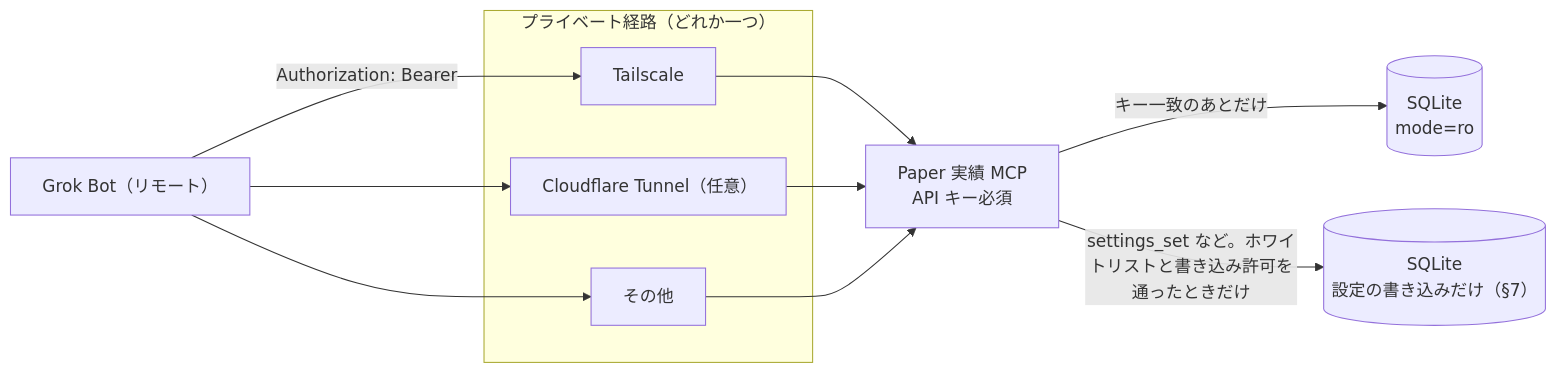
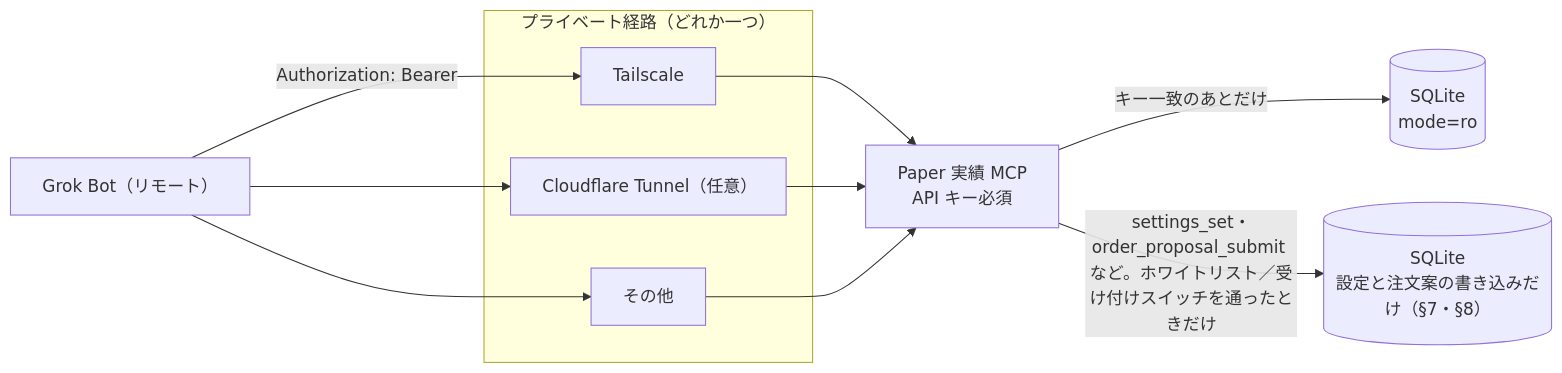
One commit to ousiassllc/pitha-trador changed the diagram in docs/architecture/paper-results-mcp.md. Above: the diagram before and after it, drawn with Mermaid. The commit also changed other lines of this file and 13 other files, not shown here.

Commit message:
docs: MCP の注文案ツールと受け付けスイッチを仕様書・ER・FR-MCP に反映 (#827)

````diff
--- a/docs/architecture/paper-results-mcp.md
+++ b/docs/architecture/paper-results-mcp.md
@@ -11,20 +11,20 @@
 ```mermaid
 flowchart LR
     Grok["Grok Bot（リモート）"]
     subgraph path["プライベート経路（どれか一つ）"]
         TS["Tailscale"]
         CF["Cloudflare Tunnel（任意）"]
         OT["その他"]
     end
     MCP["Paper 実績 MCP\nAPI キー必須"]
     DB[("SQLite\nmode=ro")]
-    DBW[("SQLite\n設定の書き込みだけ（§7）")]
+    DBW[("SQLite\n設定と注文案の書き込みだけ（§7・§8）")]
     Grok -->|"Authorization: Bearer"| TS
     Grok --> CF
     Grok --> OT
     TS --> MCP
     CF --> MCP
     OT --> MCP
     MCP -->|"キー一致のあとだけ"| DB
-    MCP -->|"settings_set など。ホワイトリストと書き込み許可を通ったときだけ"| DBW
+    MCP -->|"settings_set・order_proposal_submit など。ホワイトリスト／受け付けスイッチを通ったときだけ"| DBW
 ```
````
